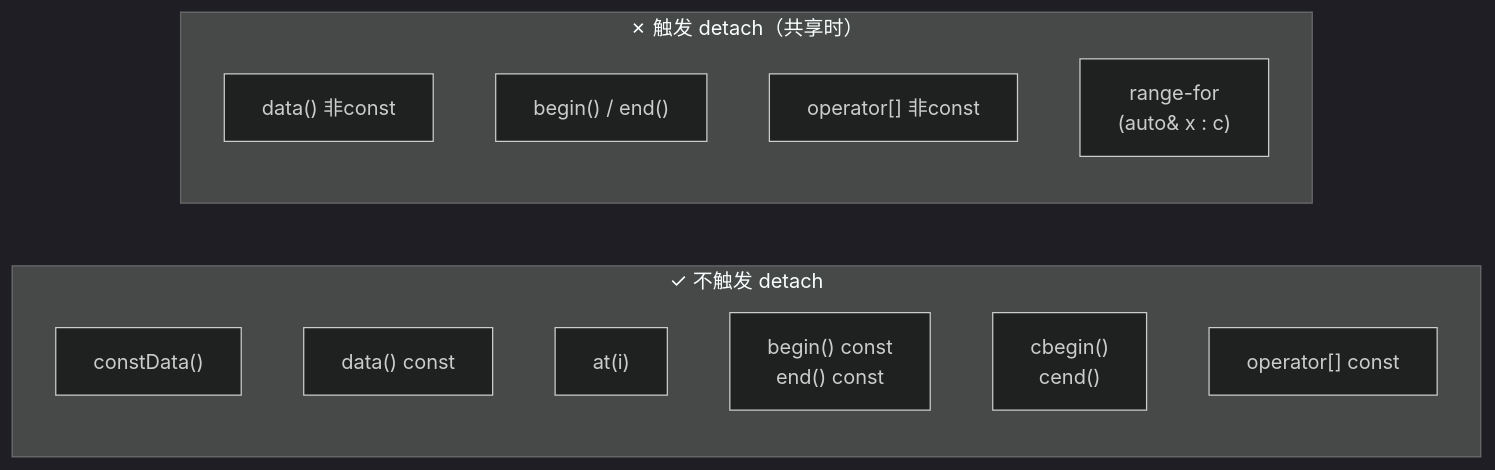
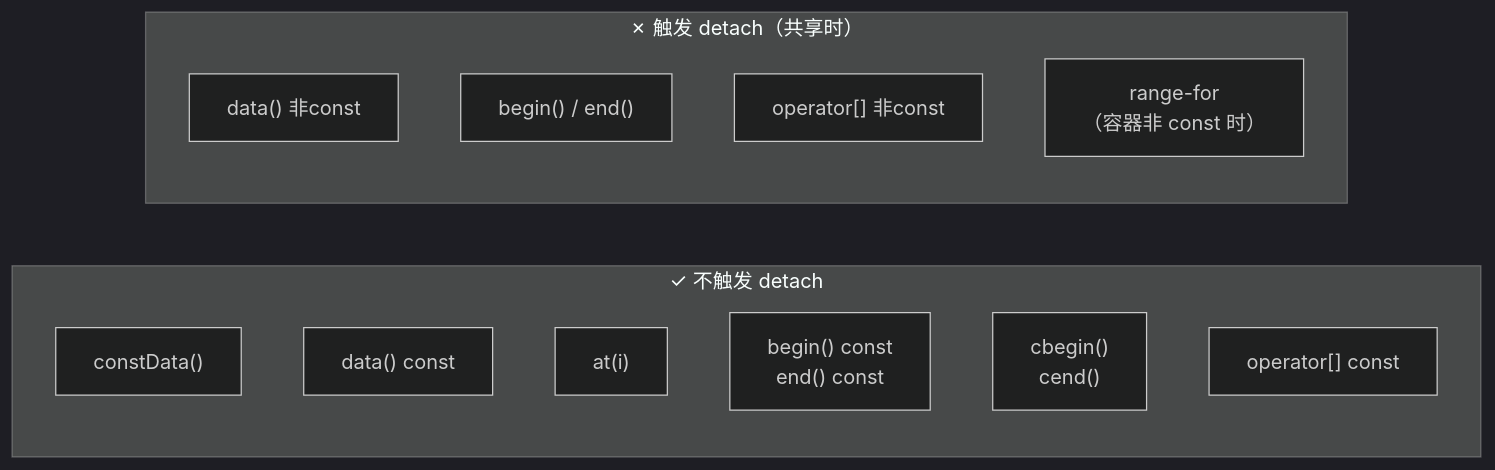
Before and after one commit to Awesome-Embedded-Learning-Studio/Tutorial_AwesomeQt: the third of 3 diagrams in tutorial/expert/01-qtbase/04-cow-container-practice-expert.md, drawn with Mermaid (dark theme). The commit also changed other lines of this file and 27 other files, not shown here.

````diff
--- a/tutorial/expert/01-qtbase/04-cow-container-practice-expert.md
+++ b/tutorial/expert/01-qtbase/04-cow-container-practice-expert.md
@@ -314,17 +279,17 @@
 ```mermaid
 flowchart LR
     subgraph 安全["✓ 不触发 detach"]
         S1["constData()"]
         S2["data() const"]
         S3["at(i)"]
         S4["begin() const\nend() const"]
         S5["cbegin()\ncend()"]
         S6["operator[] const"]
     end
     subgraph 危险["✗ 触发 detach（共享时）"]
         D1["data() 非const"]
         D2["begin() / end()"]
         D3["operator[] 非const"]
-        D4["range-for\n(auto& x : c)"]
+        D4["range-for\n（容器非 const 时）"]
     end
 ```
````
